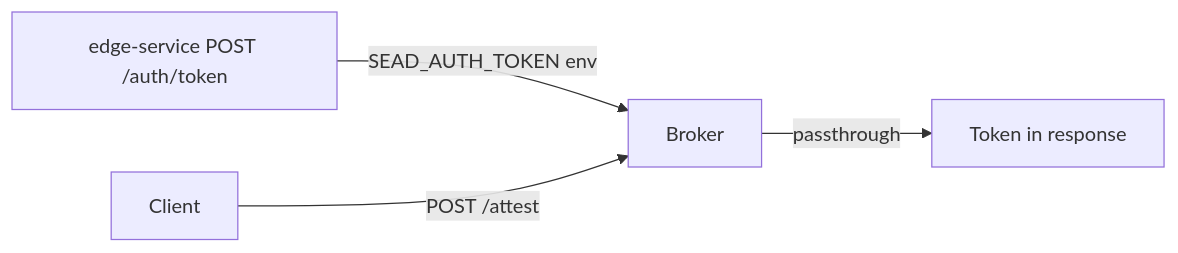
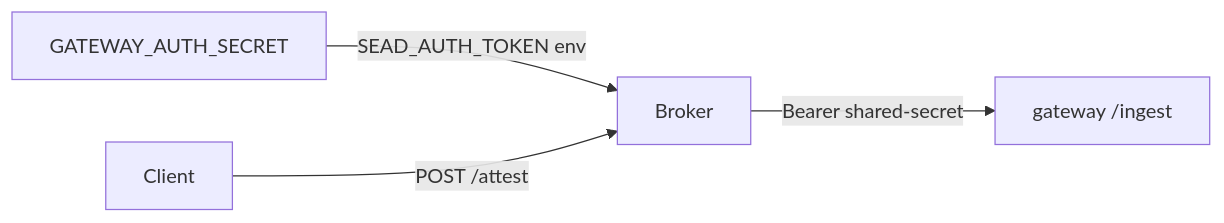
Before and after one commit to Stardome-technology/stardome-sead-broker: the second of 3 diagrams in README.md, drawn with Mermaid. The commit also changed other lines of this file, not shown here.

Commit message:
Refactor authentication flow in README.md to clarify shared secret usage for gateway integration

````diff
--- a/README.md
+++ b/README.md
@@ -31,6 +34,6 @@
 ```mermaid
 flowchart LR
-    A[edge-service POST /auth/token] -->|SEAD_AUTH_TOKEN env| B[Broker]
+    A[GATEWAY_AUTH_SECRET] -->|SEAD_AUTH_TOKEN env| B[Broker]
     C[Client] -->|POST /attest| B
-    B -->|passthrough| D[Token in response]
+    B -->|Bearer shared-secret| D[gateway /ingest]
 ```
````
